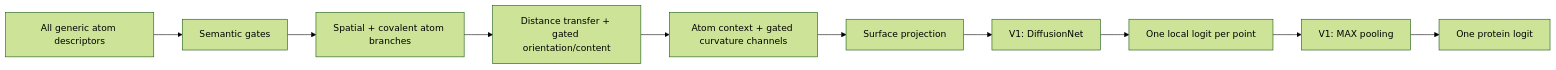
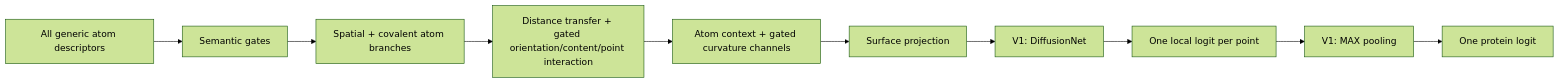
Before and after one commit to Davimity/WISDOM: the fourth of 5 diagrams in README.md, drawn with Mermaid (forest theme). The commit also changed other lines of this file and 71 other files, not shown here.

First line of the commit message:
Implement the WISDOM experimental roadmap and surface-aware evaluation

````diff
--- a/README.md
+++ b/README.md
@@ -2537,12 +2538,12 @@
 ```mermaid
 flowchart LR
     A["All generic atom descriptors"] --> B["Semantic gates"]
     B --> C["Spatial + covalent atom branches"]
-    C --> D["Distance transfer + gated orientation/content"]
+    C --> D["Distance transfer + gated orientation/content/point interaction"]
     D --> E["Atom context + gated curvature channels"]
     E --> F["Surface projection"]
     F --> G["V1: DiffusionNet"]
     G --> H["One local logit per point"]
     H --> I["V1: MAX pooling"]
     I --> J["One protein logit"]
 ```
````
